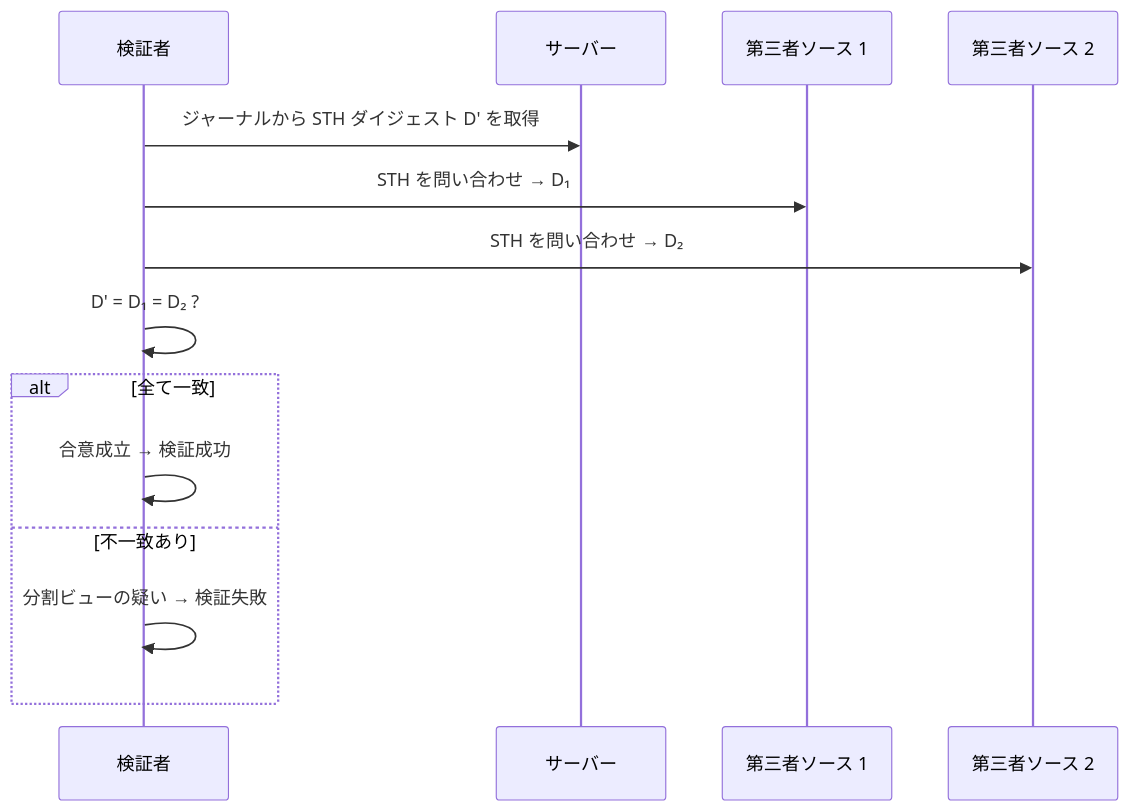
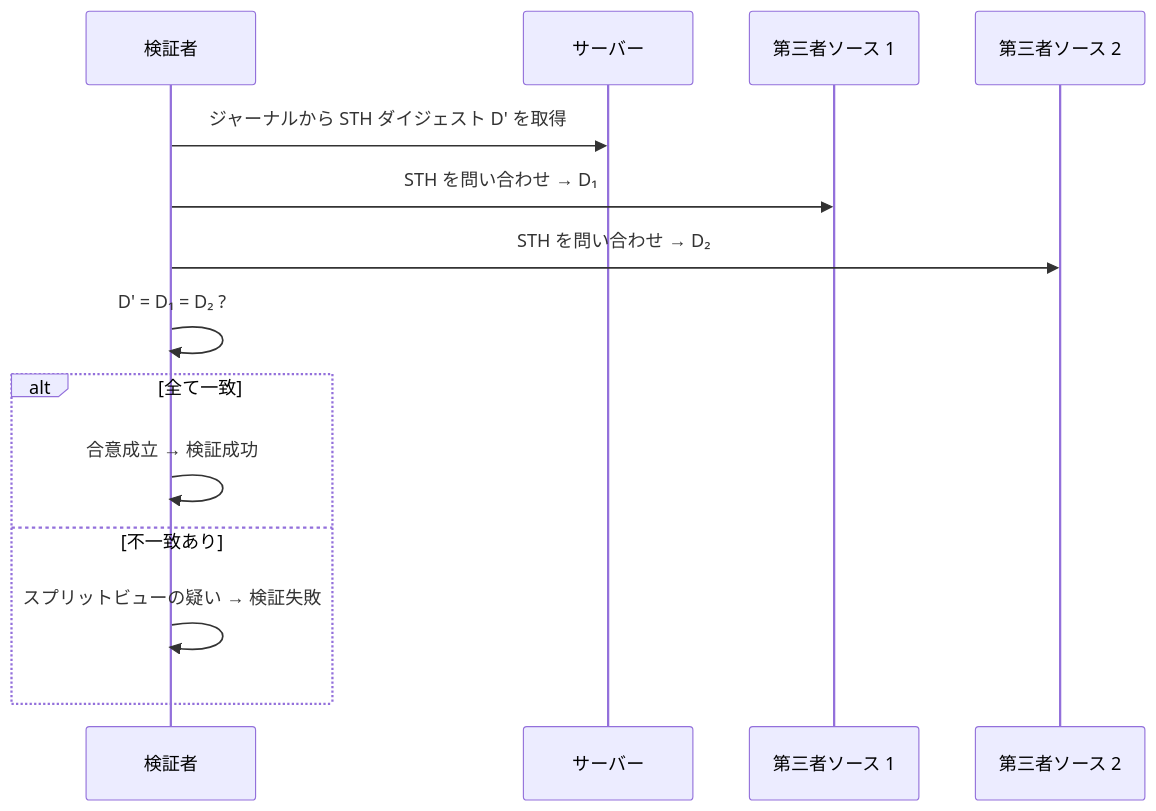
One commit to hwatanabe-jp/stark-ballot-simulator-public changed the third of 3 diagrams in public-book/src/protocol/sth-digest.md. Above: the diagram before and after it, drawn with Mermaid. The commit also changed other lines of this file and 275 other files, not shown here.

````diff
--- a/public-book/src/protocol/sth-digest.md
+++ b/public-book/src/protocol/sth-digest.md
@@ -94,17 +94,17 @@
 ```mermaid
 sequenceDiagram
     participant V as 検証者
     participant S as サーバー
     participant T1 as 第三者ソース 1
     participant T2 as 第三者ソース 2
 
     V->>S: ジャーナルから STH ダイジェスト D' を取得
     V->>T1: STH を問い合わせ → D₁
     V->>T2: STH を問い合わせ → D₂
     V->>V: D' = D₁ = D₂ ?
     alt 全て一致
         V->>V: 合意成立 → 検証成功
     else 不一致あり
-        V->>V: 分割ビューの疑い → 検証失敗
+        V->>V: スプリットビューの疑い → 検証失敗
     end
 ```
````
